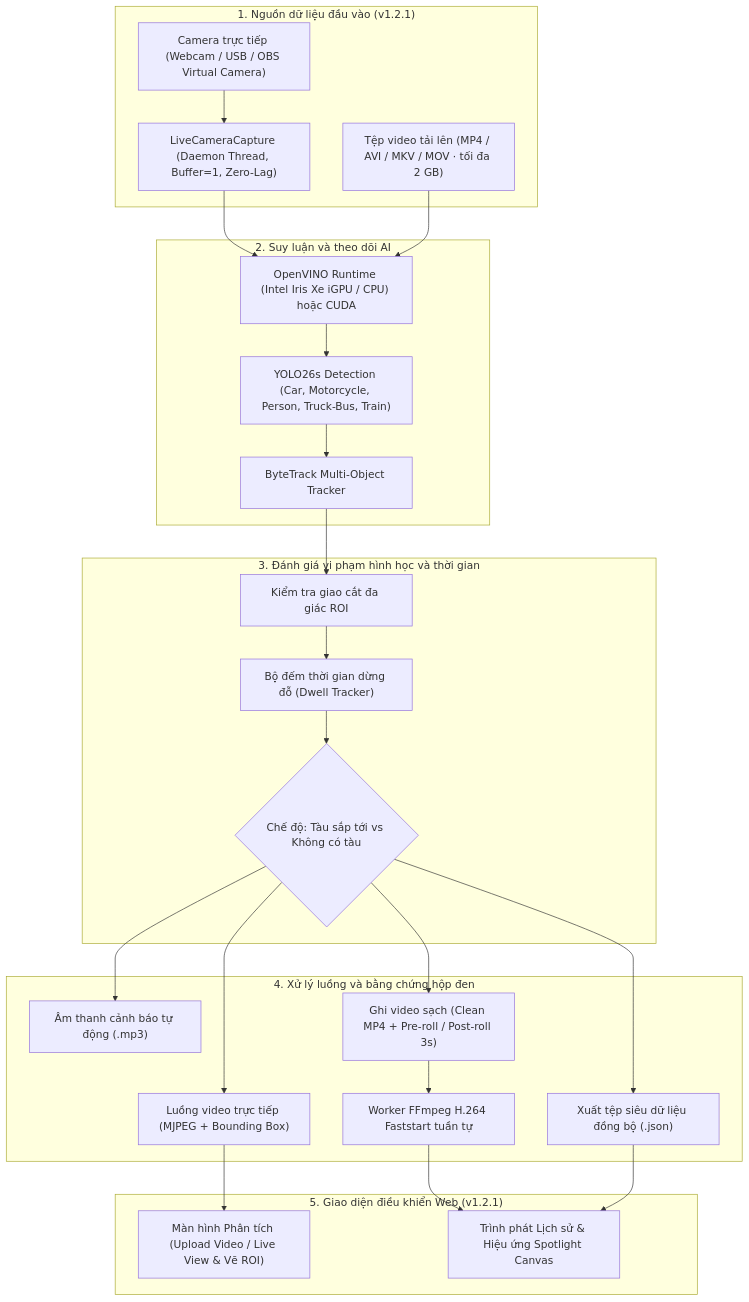
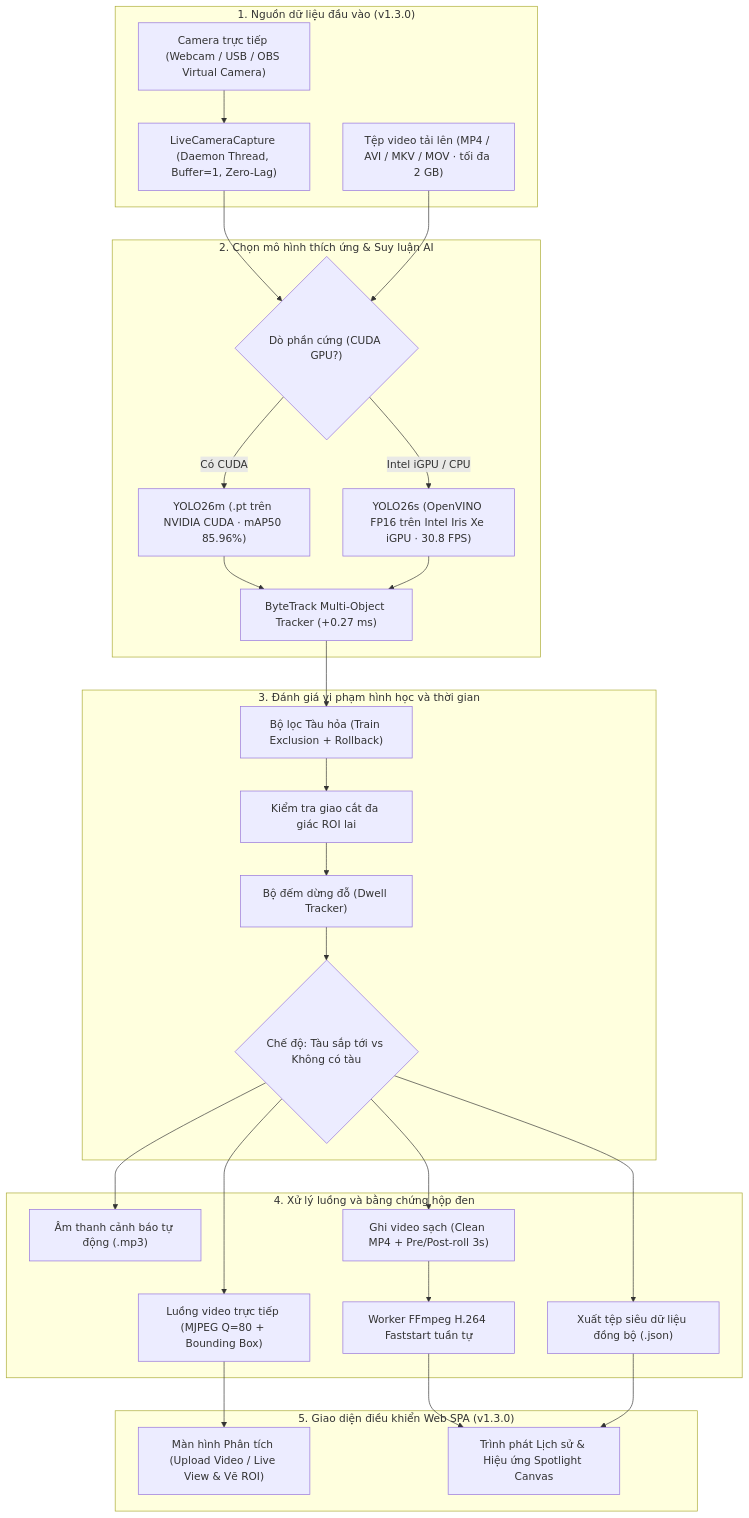
The diagram in README.md (LamTDHE186036/Application-of-Computer-Vision-in-Railway-Safety-Surveillance-and-Intrusion-Detection), drawn with Mermaid before and after one commit. The commit also changed other lines of this file and 73 other files, not shown here.

````diff
--- a/README.md
+++ b/README.md
@@ -99,50 +89,45 @@
 ```mermaid
 flowchart TD
-    subgraph INPUT ["1. Nguồn dữ liệu đầu vào (v1.2.1)"]
+    subgraph INPUT ["1. Nguồn dữ liệu đầu vào (v1.3.0)"]
         CAM["Camera trực tiếp (Webcam / USB / OBS Virtual Camera)"]
         FILE["Tệp video tải lên (MP4 / AVI / MKV / MOV · tối đa 2 GB)"]
         CAP["LiveCameraCapture (Daemon Thread, Buffer=1, Zero-Lag)"]
     end
 
-    subgraph INFERENCE ["2. Suy luận và theo dõi AI"]
-        OV["OpenVINO Runtime (Intel Iris Xe iGPU / CPU) hoặc CUDA"]
-        YOLO["YOLO26s Detection (Car, Motorcycle, Person, Truck-Bus, Train)"]
-        BT["ByteTrack Multi-Object Tracker"]
+    subgraph INFERENCE ["2. Chọn mô hình thích ứng & Suy luận AI"]
+        HW{"Dò phần cứng (CUDA GPU?)"}
+        M26["YOLO26m (.pt trên NVIDIA CUDA · mAP50 85.96%)"]
+        S26["YOLO26s (OpenVINO FP16 trên Intel Iris Xe iGPU · 30.8 FPS)"]
+        BT["ByteTrack Multi-Object Tracker (+0.27 ms)"]
     end
 
     subgraph EVALUATION ["3. Đánh giá vi phạm hình học và thời gian"]
-        ROI["Kiểm tra giao cắt đa giác ROI"]
-        DWELL["Bộ đếm thời gian dừng đỗ (Dwell Tracker)"]
+        TF["Bộ lọc Tàu hỏa (Train Exclusion + Rollback)"]
+        ROI["Kiểm tra giao cắt đa giác ROI lai"]
+        DWELL["Bộ đếm dừng đỗ (Dwell Tracker)"]
         MODE{"Chế độ: Tàu sắp tới vs Không có tàu"}
     end
 
     subgraph OUTPUT ["4. Xử lý luồng và bằng chứng hộp đen"]
-        STREAM["Luồng video trực tiếp (MJPEG + Bounding Box)"]
+        STREAM["Luồng video trực tiếp (MJPEG Q=80 + Bounding Box)"]
         AUDIO["Âm thanh cảnh báo tự động (.mp3)"]
-        REC["Ghi video sạch (Clean MP4 + Pre-roll / Post-roll 3s)"]
+        REC["Ghi video sạch (Clean MP4 + Pre/Post-roll 3s)"]
         META["Xuất tệp siêu dữ liệu đồng bộ (.json)"]
         FFMPEG["Worker FFmpeg H.264 Faststart tuần tự"]
     end
 
-    subgraph DASHBOARD ["5. Giao diện điều khiển Web (v1.2.1)"]
+    subgraph DASHBOARD ["5. Giao diện điều khiển Web SPA (v1.3.0)"]
         LIVE_VIEW["Màn hình Phân tích (Upload Video / Live View & Vẽ ROI)"]
         HIST_VIEW["Trình phát Lịch sử & Hiệu ứng Spotlight Canvas"]
     end
 
-    CAM --> CAP
-    CAP --> OV
-    FILE --> OV
-    OV --> YOLO
-    YOLO --> BT
-    BT --> ROI
-    ROI --> DWELL
-    DWELL --> MODE
-    MODE --> STREAM
+    CAM --> CAP --> HW
+    FILE --> HW
+    HW -- "Có CUDA" --> M26 --> BT
+    HW -- "Intel iGPU / CPU" --> S26 --> BT
+    BT --> TF --> ROI --> DWELL --> MODE
+    MODE --> STREAM --> LIVE_VIEW
     MODE --> AUDIO
-    MODE --> REC
-    MODE --> META
-    REC --> FFMPEG
-    STREAM --> LIVE_VIEW
-    FFMPEG --> HIST_VIEW
-    META --> HIST_VIEW
+    MODE --> REC --> FFMPEG --> HIST_VIEW
+    MODE --> META --> HIST_VIEW
 ```
````
